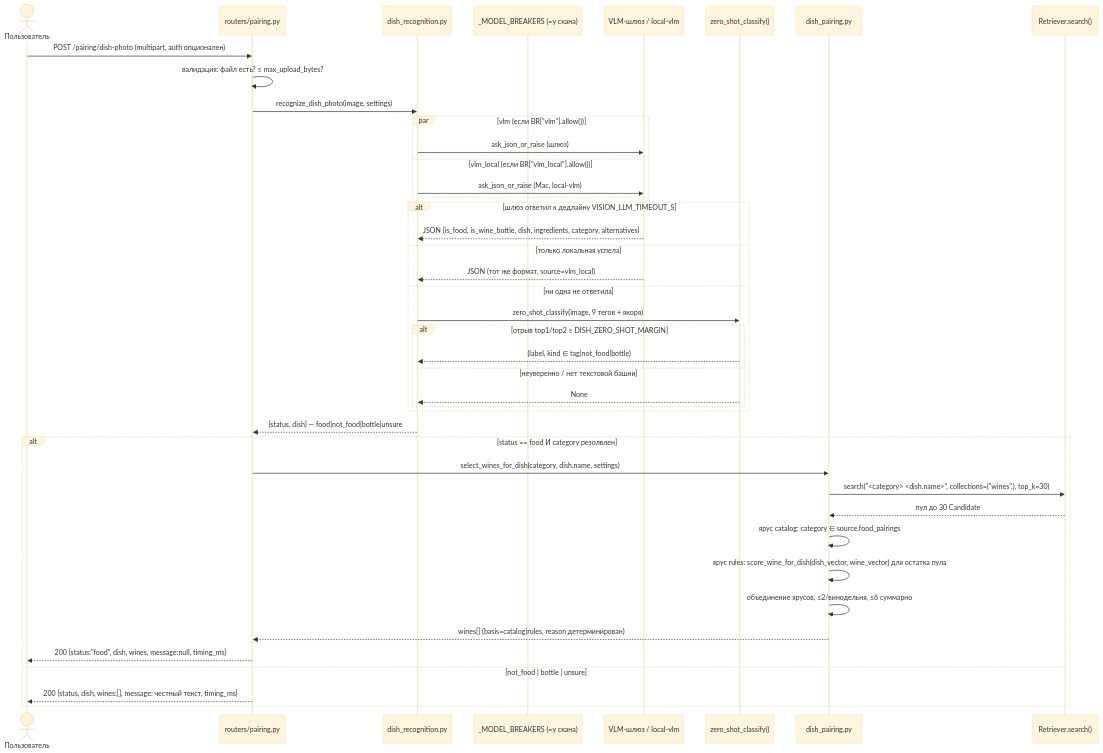
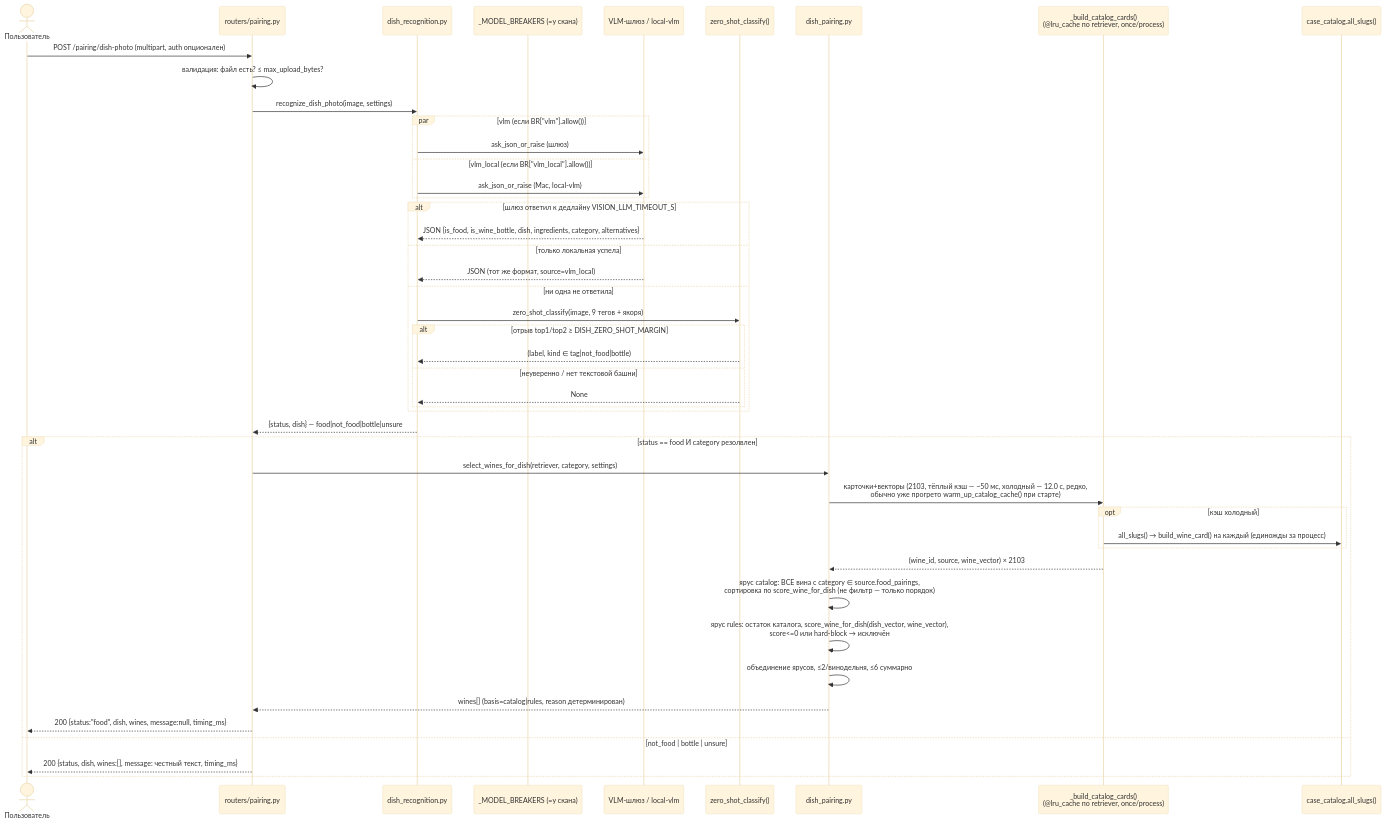
One commit to Slavuntik/lct2026_rshb_svoe_vino changed the sixth of 6 diagrams in docs/architecture/LLD.md. Above: the diagram before and after it, drawn with Mermaid (base theme). The commit also changed other lines of this file and 4 other files, not shown here.

````diff
--- a/docs/architecture/LLD.md
+++ b/docs/architecture/LLD.md
@@ -265,45 +276,49 @@
 ```mermaid
 sequenceDiagram
     actor U as Пользователь
     participant R as routers/pairing.py
     participant DR as dish_recognition.py
     participant BR as _MODEL_BREAKERS (=у скана)
     participant GW as VLM-шлюз / local-vlm
     participant ZS as zero_shot_classify()
     participant DP as dish_pairing.py
-    participant RAG as Retriever.search()
+    participant Cache as _build_catalog_cards()<br/>(@lru_cache по retriever, once/process)
+    participant Case as case_catalog.all_slugs()
 
     U->>R: POST /pairing/dish-photo (multipart, auth опционален)
     R->>R: валидация: файл есть? ≤ max_upload_bytes?
     R->>DR: recognize_dish_photo(image, settings)
     par vlm (если BR["vlm"].allow())
         DR->>GW: ask_json_or_raise (шлюз)
     and vlm_local (если BR["vlm_local"].allow())
         DR->>GW: ask_json_or_raise (Mac, local-vlm)
     end
     alt шлюз ответил к дедлайну VISION_LLM_TIMEOUT_S
         GW-->>DR: JSON {is_food, is_wine_bottle, dish, ingredients, category, alternatives}
     else только локальная успела
         GW-->>DR: JSON (тот же формат, source=vlm_local)
     else ни одна не ответила
         DR->>ZS: zero_shot_classify(image, 9 тегов + якоря)
         alt отрыв top1/top2 ≥ DISH_ZERO_SHOT_MARGIN
             ZS-->>DR: (label, kind ∈ tag|not_food|bottle)
         else неуверенно / нет текстовой башни
             ZS-->>DR: None
         end
     end
     DR-->>R: {status, dish} — food|not_food|bottle|unsure
     alt status == food И category резолвлен
-        R->>DP: select_wines_for_dish(category, dish.name, settings)
-        DP->>RAG: search("<category> <dish.name>", collections=("wines",), top_k=30)
-        RAG-->>DP: пул до 30 Candidate
-        DP->>DP: ярус catalog: category ∈ source.food_pairings
-        DP->>DP: ярус rules: score_wine_for_dish(dish_vector, wine_vector) для остатка пула
+        R->>DP: select_wines_for_dish(retriever, category, settings)
+        DP->>Cache: карточки+векторы (2103, тёплый кэш — ~50 мс, холодный — 12.0 с, редко,<br/>обычно уже прогрето warm_up_catalog_cache() при старте)
+        opt кэш холодный
+            Cache->>Case: all_slugs() → build_wine_card() на каждый (единожды за процесс)
+        end
+        Cache-->>DP: (wine_id, source, wine_vector) × 2103
+        DP->>DP: ярус catalog: ВСЕ вина с category ∈ source.food_pairings,<br/>сортировка по score_wine_for_dish (не фильтр — только порядок)
+        DP->>DP: ярус rules: остаток каталога, score_wine_for_dish(dish_vector, wine_vector),<br/>score<=0 или hard-block → исключён
         DP->>DP: объединение ярусов, ≤2/винодельня, ≤6 суммарно
         DP-->>R: wines[] (basis=catalog|rules, reason детерминирован)
         R-->>U: 200 {status:"food", dish, wines, message:null, timing_ms}
     else not_food | bottle | unsure
         R-->>U: 200 {status, dish, wines:[], message: честный текст, timing_ms}
     end
 ```
````
